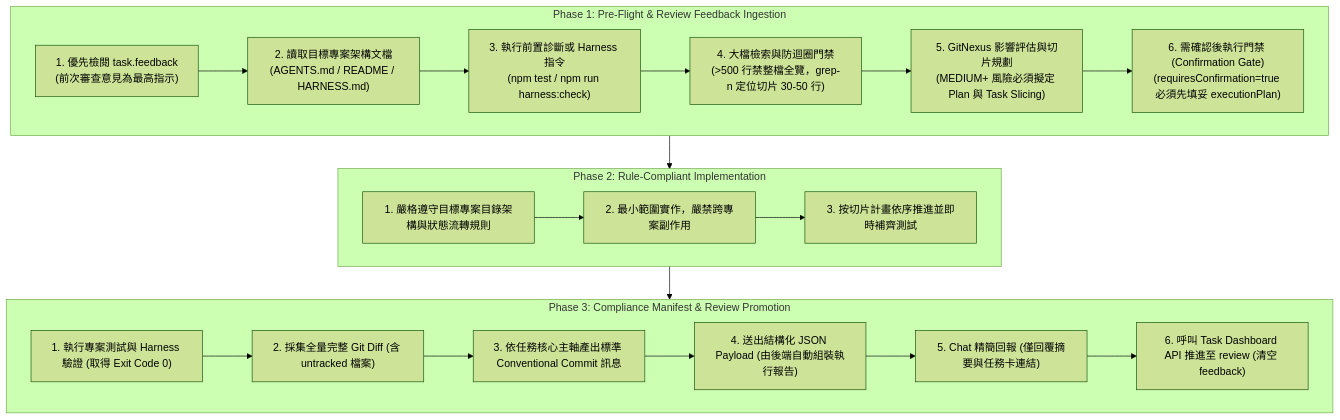
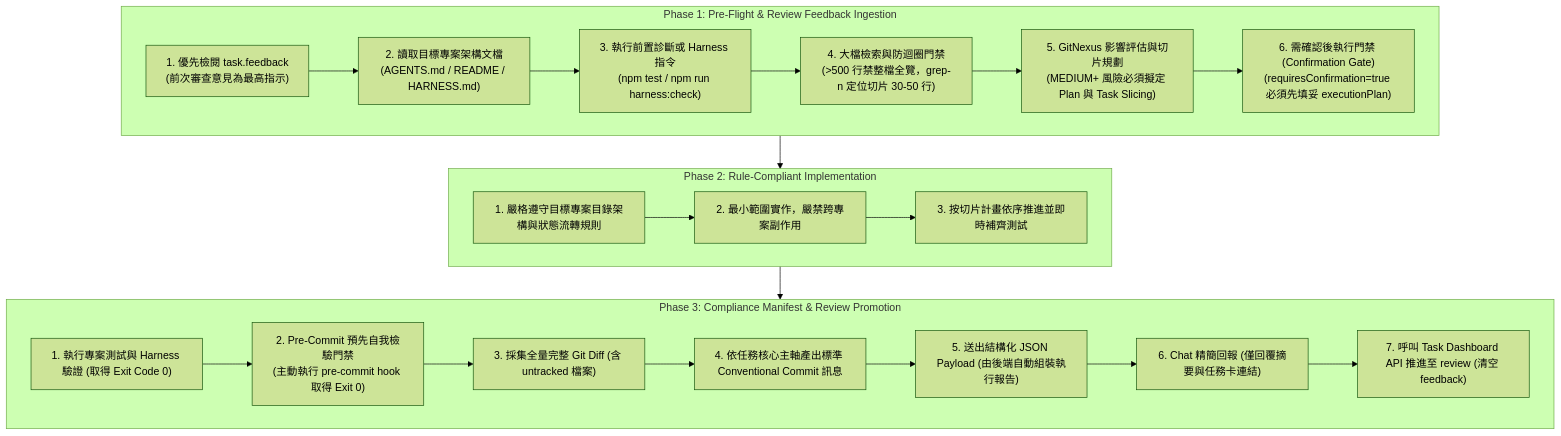
One commit to soysen/task-dashboard changed the diagram in docs/AUTOMATION_STANDARD.md. Above: the diagram before and after it, drawn with Mermaid (forest theme). The commit also changed other lines of this file and 7 other files, not shown here.

First line of the commit message:
feat(gate): 支援 Pre-Commit 自我檢驗門禁、結案客觀證據回寫與 Agent 自癒閉環

````diff
--- a/docs/AUTOMATION_STANDARD.md
+++ b/docs/AUTOMATION_STANDARD.md
@@ -41,25 +41,26 @@
 ```mermaid
 flowchart TD
     subgraph Phase1["Phase 1: Pre-Flight & Review Feedback Ingestion"]
         P1_1["1. 優先檢閱 task.feedback\n(前次審查意見為最高指示)"] --> P1_2["2. 讀取目標專案架構文檔\n(AGENTS.md / README / HARNESS.md)"]
         P1_2 --> P1_3["3. 執行前置診斷或 Harness 指令\n(npm test / npm run harness:check)"]
         P1_3 --> P1_4["4. 大檔檢索與防迴圈門禁\n(>500 行禁整檔全覽，grep-n 定位切片 30-50 行)"]
         P1_4 --> P1_5["5. GitNexus 影響評估與切片規劃\n(MEDIUM+ 風險必須擬定 Plan 與 Task Slicing)"]
         P1_5 --> P1_6["6. 需確認後執行門禁 (Confirmation Gate)\n(requiresConfirmation=true 必須先填妥 executionPlan)"]
     end
 
     subgraph Phase2["Phase 2: Rule-Compliant Implementation"]
         P2_1["1. 嚴格遵守目標專案目錄架構與狀態流轉規則"] --> P2_2["2. 最小範圍實作，嚴禁跨專案副作用"]
         P2_2 --> P2_3["3. 按切片計畫依序推進並即時補齊測試"]
     end
 
     subgraph Phase3["Phase 3: Compliance Manifest & Review Promotion"]
-        P3_1["1. 執行專案測試與 Harness 驗證 (取得 Exit Code 0)"] --> P3_2["2. 採集全量完整 Git Diff (含 untracked 檔案)"]
-        P3_2 --> P3_3["3. 依任務核心主軸產出標準 Conventional Commit 訊息"]
-        P3_3 --> P3_4["4. 送出結構化 JSON Payload (由後端自動組裝執行報告)"]
-        P3_4 --> P3_5["5. Chat 精簡回報 (僅回覆摘要與任務卡連結)"]
-        P3_5 --> P3_6["6. 呼叫 Task Dashboard API 推進至 review (清空 feedback)"]
+        P3_1["1. 執行專案測試與 Harness 驗證 (取得 Exit Code 0)"] --> P3_PC["2. Pre-Commit 預先自我檢驗門禁\n(主動執行 pre-commit hook 取得 Exit 0)"]
+        P3_PC --> P3_2["3. 採集全量完整 Git Diff (含 untracked 檔案)"]
+        P3_2 --> P3_3["4. 依任務核心主軸產出標準 Conventional Commit 訊息"]
+        P3_3 --> P3_4["5. 送出結構化 JSON Payload (由後端自動組裝執行報告)"]
+        P3_4 --> P3_5["6. Chat 精簡回報 (僅回覆摘要與任務卡連結)"]
+        P3_5 --> P3_6["7. 呼叫 Task Dashboard API 推進至 review (清空 feedback)"]
     end
 
     Phase1 --> Phase2 --> Phase3
 ```
````
